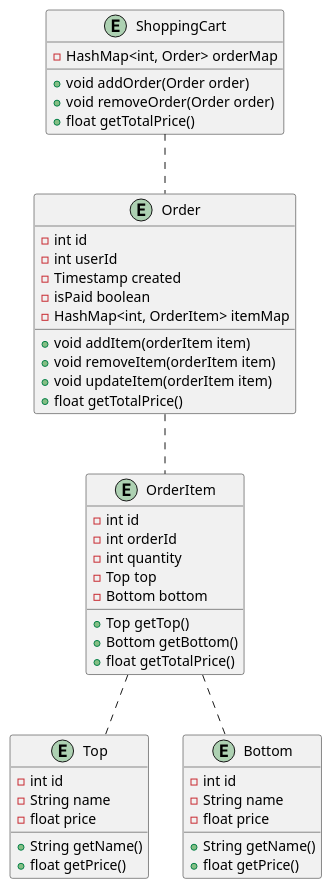
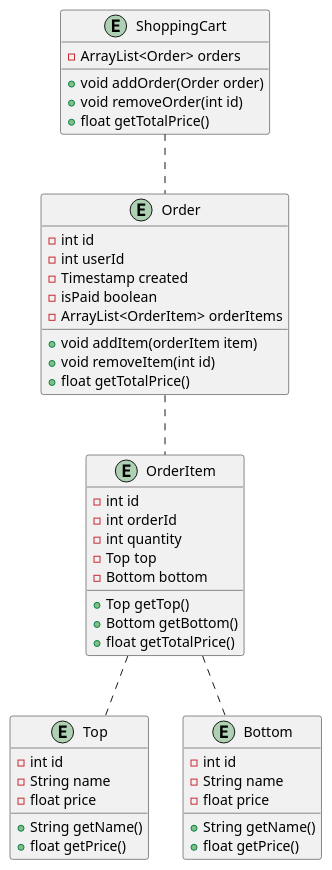
Before and after one commit to HeinLarsen/olsker: the diagram in src/main/resources/diagram.puml, drawn with PlantUML. The commit also changed 15 other files, not shown here.

```diff
--- a/src/main/resources/diagram.puml
+++ b/src/main/resources/diagram.puml
@@ -1,56 +1,55 @@
 @startuml
 'https://plantuml.com/class-diagram
 
 
 
 entity ShoppingCart {
-    - HashMap<int, Order> orderMap
+    - ArrayList<Order> orders
     + void addOrder(Order order)
-    + void removeOrder(Order order)
+    + void removeOrder(int id)
     + float getTotalPrice()
 }
 
 entity Order {
     - int id
     - int userId
     - Timestamp created
     - isPaid boolean
-    - HashMap<int, OrderItem> itemMap
+    - ArrayList<OrderItem> orderItems
     + void addItem(orderItem item)
-    + void removeItem(orderItem item)
-    + void updateItem(orderItem item)
+    + void removeItem(int id)
     + float getTotalPrice()
 }
 
 entity OrderItem {
     - int id
     - int orderId
     - int quantity
     - Top top
     - Bottom bottom
     + Top getTop()
     + Bottom getBottom()
     + float getTotalPrice()
 }
 
 entity Top {
     - int id
     - String name
     - float price
     + String getName()
     + float getPrice()
 }
 
 entity Bottom {
     - int id
     - String name
     - float price
     + String getName()
     + float getPrice()
 }
 
 ShoppingCart .. Order
 Order .. OrderItem
 OrderItem .. Top
 OrderItem .. Bottom
 @enduml
```
